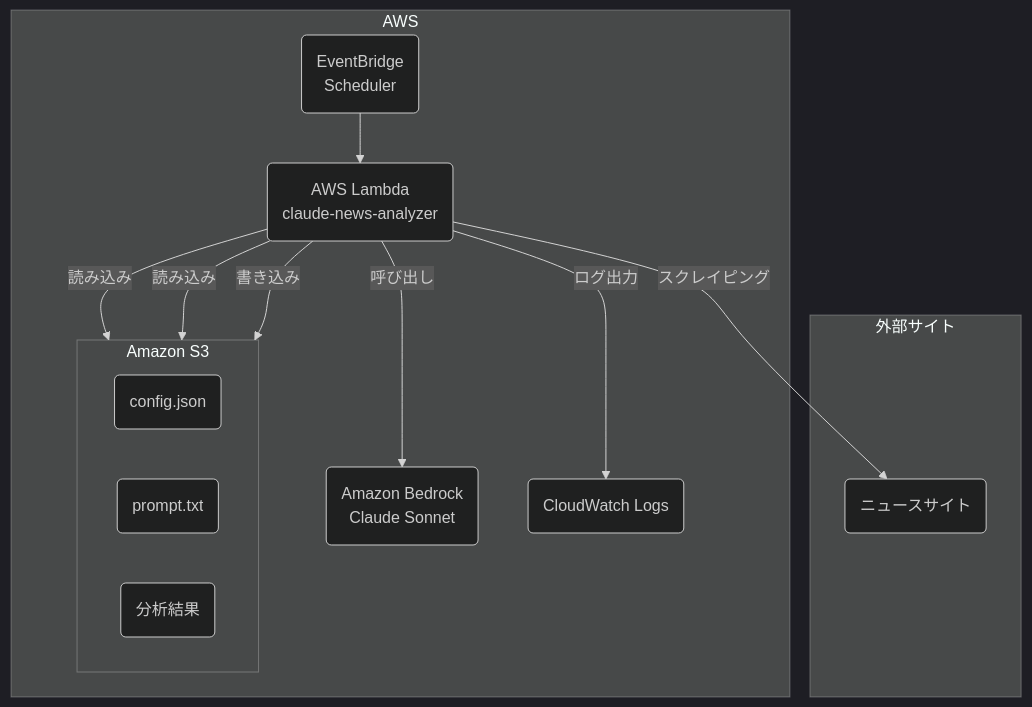
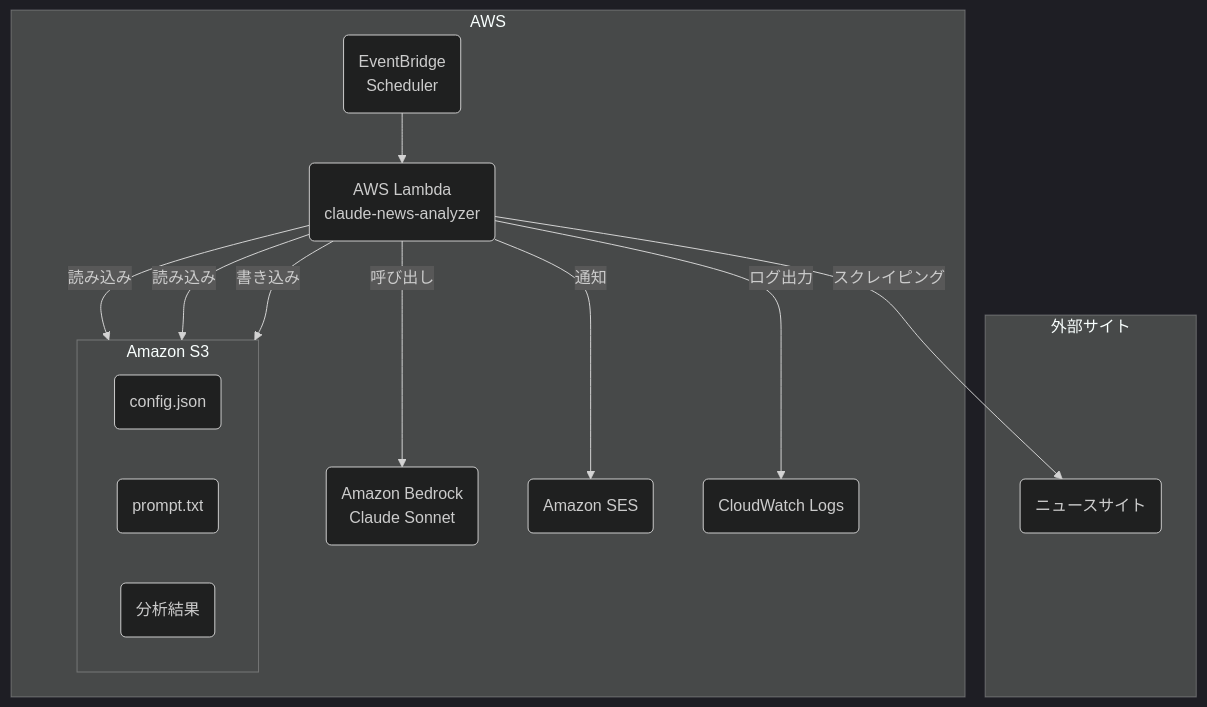
One commit to KillerBee-0826/bedrock-news-analyzer changed the diagram in README.md. Above: the diagram before and after it, drawn with Mermaid (dark theme). The commit also changed other lines of this file and 7 other files, not shown here.

````diff
--- a/README.md
+++ b/README.md
@@ -9,25 +9,26 @@
 ```mermaid
 graph TD
     subgraph AWS
         EventBridge(EventBridge<br/>Scheduler) --> Lambda(AWS Lambda<br/>claude-news-analyzer)
         
         subgraph "Amazon S3"
             direction LR
             S3Config(config.json)
             S3Prompt(prompt.txt)
             S3Responses(分析結果)
         end
 
         Lambda -- 読み込み --> S3Config
         Lambda -- 読み込み --> S3Prompt
         Lambda -- 呼び出し --> Bedrock(Amazon Bedrock<br/>Claude Sonnet)
         Lambda -- 書き込み --> S3Responses
+        Lambda -- 通知 --> SES(Amazon SES)
         Lambda -- ログ出力 --> CloudWatch(CloudWatch Logs)
     end
 
     subgraph "外部サイト"
         NewsSites(ニュースサイト)
     end
 
     Lambda -- スクレイピング --> NewsSites
 ```
````
